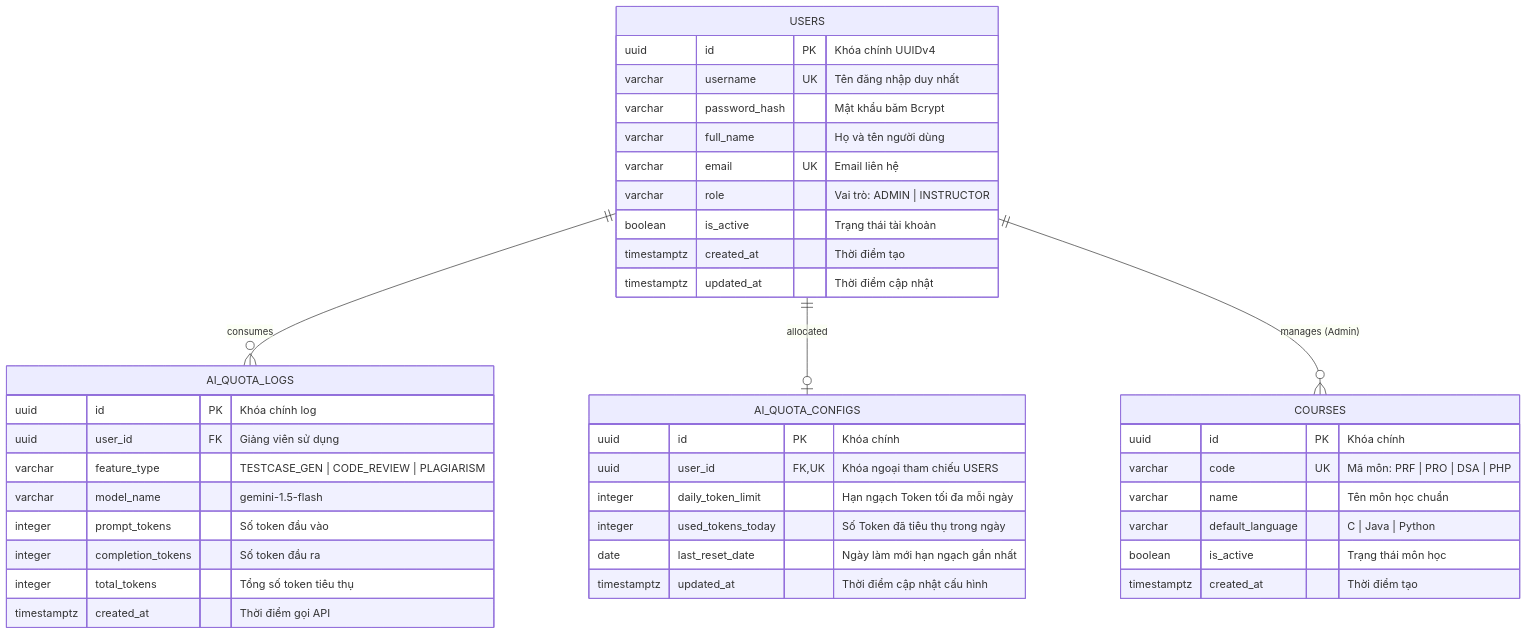
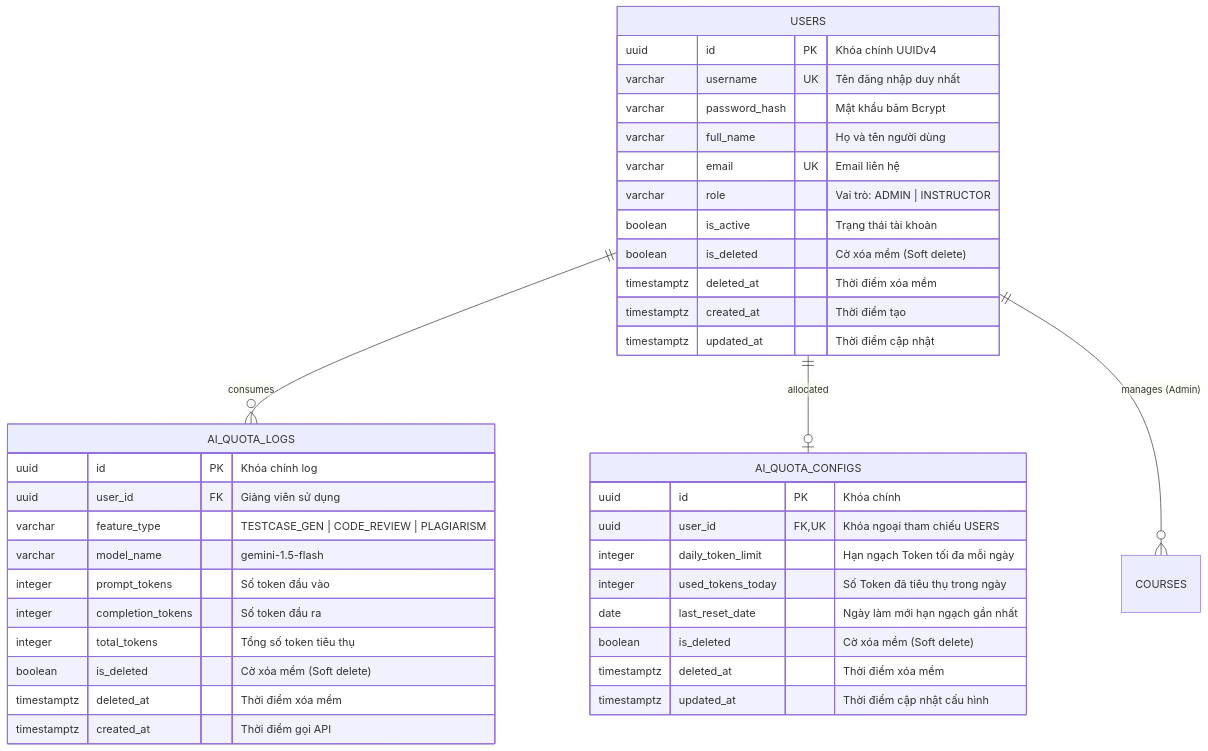
One commit to gray8493/iata_project changed the first of 2 diagrams in docs/architecture/database_schema.md. Above: the diagram before and after it, drawn with Mermaid. The commit also changed other lines of this file and 46 other files, not shown here.

Commit message:
feat: scaffold monorepo apps, update api specs, add db soft delete, and remove courses

````diff
--- a/docs/architecture/database_schema.md
+++ b/docs/architecture/database_schema.md
@@ -16,47 +16,44 @@
 ```mermaid
 erDiagram
     USERS ||--o{ AI_QUOTA_LOGS : "consumes"
     USERS ||--o| AI_QUOTA_CONFIGS : "allocated"
     USERS ||--o{ COURSES : "manages (Admin)"
 
     USERS {
         uuid id PK "Khóa chính UUIDv4"
         varchar username UK "Tên đăng nhập duy nhất"
         varchar password_hash "Mật khẩu băm Bcrypt"
         varchar full_name "Họ và tên người dùng"
         varchar email UK "Email liên hệ"
         varchar role "Vai trò: ADMIN | INSTRUCTOR"
         boolean is_active "Trạng thái tài khoản"
+        boolean is_deleted "Cờ xóa mềm (Soft delete)"
+        timestamptz deleted_at "Thời điểm xóa mềm"
         timestamptz created_at "Thời điểm tạo"
         timestamptz updated_at "Thời điểm cập nhật"
     }
 
     AI_QUOTA_CONFIGS {
         uuid id PK "Khóa chính"
         uuid user_id FK,UK "Khóa ngoại tham chiếu USERS"
         integer daily_token_limit "Hạn ngạch Token tối đa mỗi ngày"
         integer used_tokens_today "Số Token đã tiêu thụ trong ngày"
         date last_reset_date "Ngày làm mới hạn ngạch gần nhất"
+        boolean is_deleted "Cờ xóa mềm (Soft delete)"
+        timestamptz deleted_at "Thời điểm xóa mềm"
         timestamptz updated_at "Thời điểm cập nhật cấu hình"
     }
 
     AI_QUOTA_LOGS {
         uuid id PK "Khóa chính log"
         uuid user_id FK "Giảng viên sử dụng"
         varchar feature_type "TESTCASE_GEN | CODE_REVIEW | PLAGIARISM"
         varchar model_name "gemini-1.5-flash"
         integer prompt_tokens "Số token đầu vào"
         integer completion_tokens "Số token đầu ra"
         integer total_tokens "Tổng số token tiêu thụ"
+        boolean is_deleted "Cờ xóa mềm (Soft delete)"
+        timestamptz deleted_at "Thời điểm xóa mềm"
         timestamptz created_at "Thời điểm gọi API"
     }
-
-    COURSES {
-        uuid id PK "Khóa chính"
-        varchar code UK "Mã môn: PRF | PRO | DSA | PHP"
-        varchar name "Tên môn học chuẩn"
-        varchar default_language "C | Java | Python"
-        boolean is_active "Trạng thái môn học"
-        timestamptz created_at "Thời điểm tạo"
-    }
 ```
````
